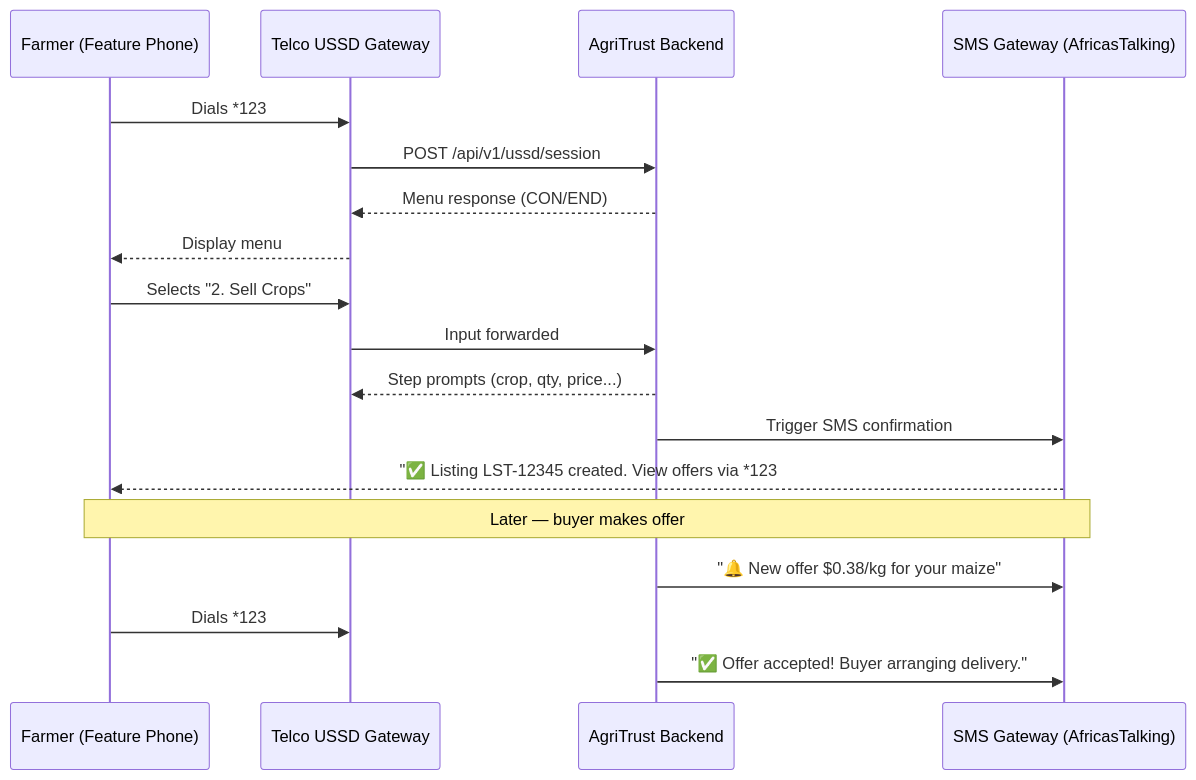
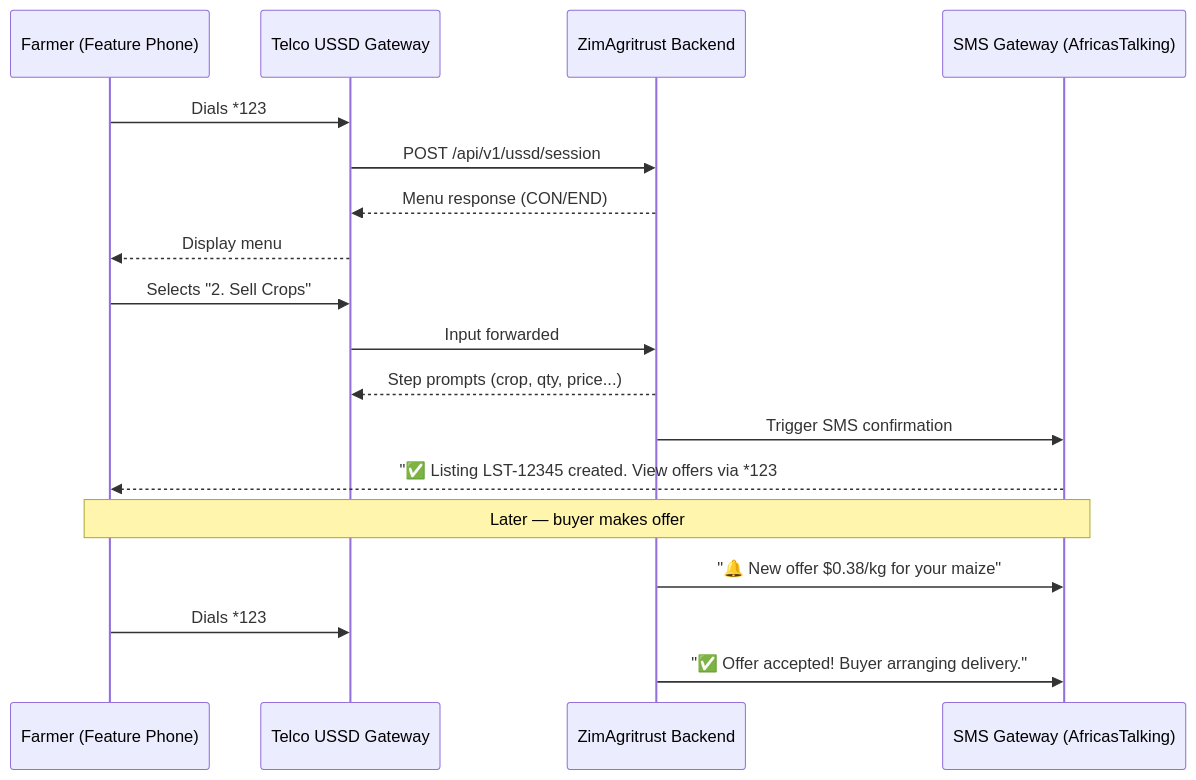
The sixth of 6 diagrams in README.md (MatteoZW-23/ZimAgriTrust), drawn with Mermaid before and after one commit. The commit also changed other lines of this file and 408 other files, not shown here.

````diff
--- a/README.md
+++ b/README.md
@@ -203,23 +203,23 @@
 ```mermaid
 sequenceDiagram
     participant F as Farmer (Feature Phone)
     participant T as Telco USSD Gateway
-    participant B as AgriTrust Backend
+    participant B as ZimAgritrust Backend
     participant S as SMS Gateway (AfricasTalking)
 
     F->>T: Dials *123#
     T->>B: POST /api/v1/ussd/session
     B-->>T: Menu response (CON/END)
     T-->>F: Display menu
 
     F->>T: Selects "2. Sell Crops"
     T->>B: Input forwarded
     B-->>T: Step prompts (crop, qty, price...)
     B->>S: Trigger SMS confirmation
     S-->>F: "✅ Listing LST-12345 created. View offers via *123#"
 
     Note over F,S: Later — buyer makes offer
     B->>S: "🔔 New offer $0.38/kg for your maize"
     F->>T: Dials *123# → My Listings → Accept
     B->>S: "✅ Offer accepted! Buyer arranging delivery."
 ```
````
